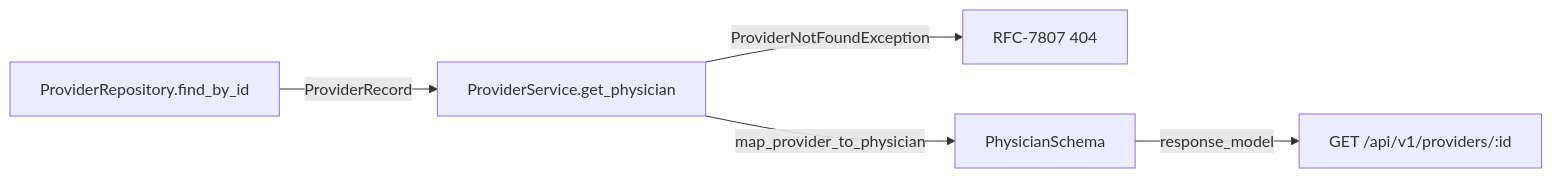
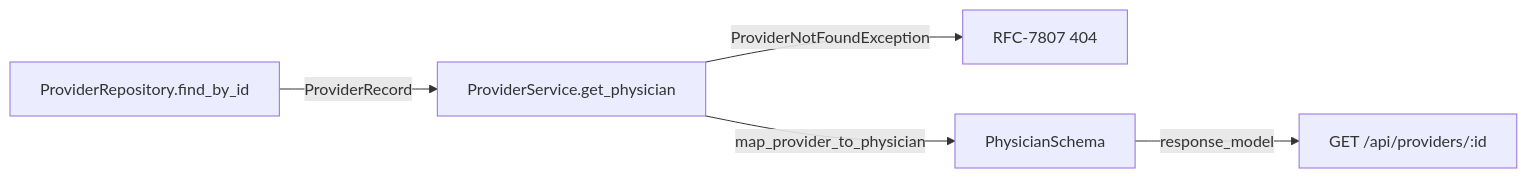
One commit to DragonStone12/IOPHA changed the second of 2 diagrams in docs/infra/TECHNICAL_DESIGN.md. Above: the diagram before and after it, drawn with Mermaid. The commit also changed other lines of this file and 9 other files, not shown here.

````diff
--- a/docs/infra/TECHNICAL_DESIGN.md
+++ b/docs/infra/TECHNICAL_DESIGN.md
@@ -422,7 +422,7 @@
 ```mermaid
 flowchart LR
     Repo[ProviderRepository.find_by_id] -->|ProviderRecord| Svc[ProviderService.get_physician]
     Svc -->|ProviderNotFoundException| Err[RFC-7807 404]
     Svc -->|map_provider_to_physician| DTO[PhysicianSchema]
-    DTO -->|response_model| API[GET /api/v1/providers/:id]
+    DTO -->|response_model| API[GET /api/providers/:id]
 ```
````
